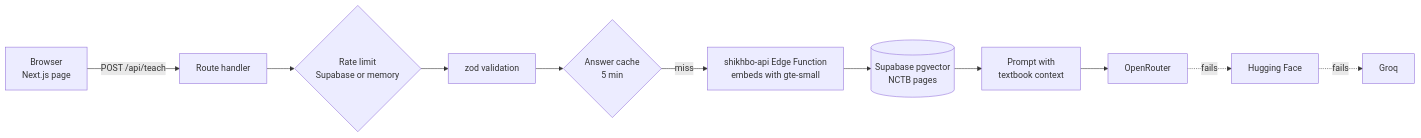
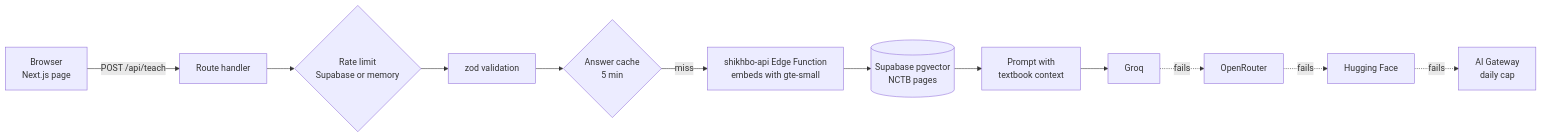
One commit to tahmidbintaslim/Shikhbo-AI changed the diagram in README.md. Above: the diagram before and after it, drawn with Mermaid. The commit also changed other lines of this file and 11 other files, not shown here.

First line of the commit message:
AI Gateway daily cap, Bangla hybrid search, and pilot request API (#29)

````diff
--- a/README.md
+++ b/README.md
@@ -41,13 +41,14 @@
 ```mermaid
 flowchart LR
   B[Browser<br/>Next.js page] -->|POST /api/teach| R[Route handler]
   R --> L{Rate limit<br/>Supabase or memory}
   L --> V[zod validation]
   V --> C{Answer cache<br/>5 min}
   C -->|miss| E[shikhbo-api Edge Function<br/>embeds with gte-small]
   E --> Q[(Supabase pgvector<br/>NCTB pages)]
   Q --> P[Prompt with<br/>textbook context]
-  P --> O[OpenRouter]
+  P --> G[Groq]
+  G -.fails.-> O[OpenRouter]
   O -.fails.-> H[Hugging Face]
-  H -.fails.-> G[Groq]
+  H -.fails.-> W[AI Gateway<br/>daily cap]
 ```
````
